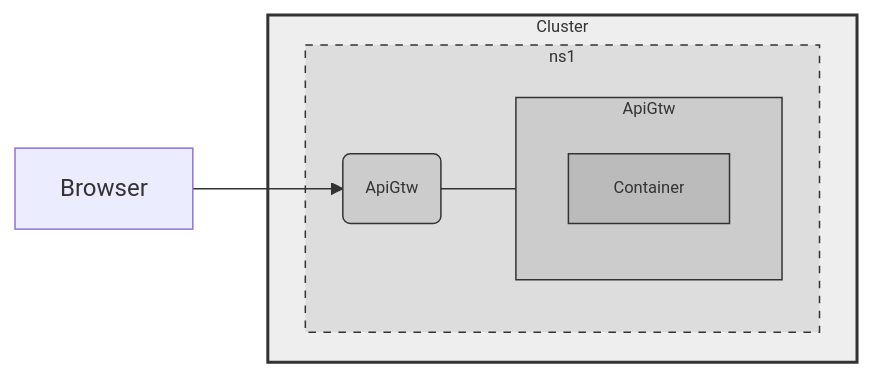
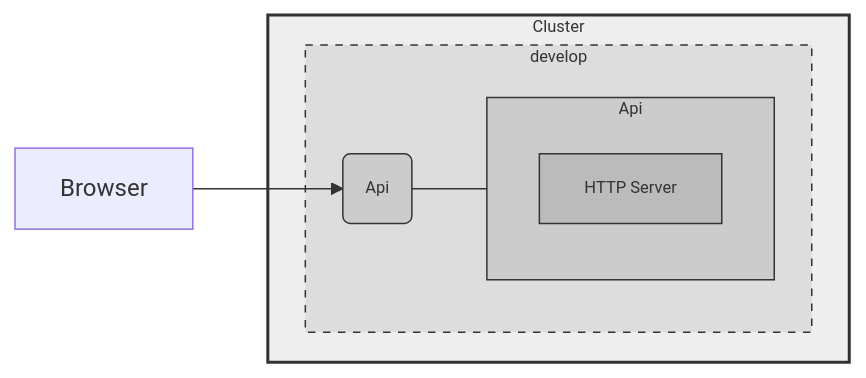
The third of 5 diagrams in demo-script.md (tonitienda/k8s-showcase), drawn with Mermaid before and after one commit. The commit also changed other lines of this file and 6 other files, not shown here.

````diff
--- a/demo-script.md
+++ b/demo-script.md
@@ -96,37 +96,37 @@
 ```mermaid
 flowchart LR
 
 Browser
 
 subgraph Cluster
 
-    subgraph NS1[ns1]
-        subgraph ApiGtw
-            Container1[Container]
+    subgraph develop[develop]
+        subgraph Api
+            Container1[HTTP Server]
         end
 
-        ApiGtwSvc(ApiGtw)
+        ApiGtwSvc(Api)
     end
 end
 
-ApiGtwSvc --- ApiGtw
+ApiGtwSvc --- Api
 Browser --> ApiGtwSvc
 
 
 classDef Physical fill:#eee,stroke:#333,stroke-width:2px,color:#333,font-size:11px;
 
 classDef Logical fill:#ddd,stroke:#333,stroke-width:1px,color:#333,font-size:11px,stroke-dasharray: 5, 5;
 
 classDef Pod fill:#ccc,stroke:#333,stroke-width:1px,color:#333,font-size:11px;
 
 classDef Container fill:#bbb,stroke:#333,stroke-width:1px,color:#333,font-size:11px;
 
 
 classDef PublicService fill:#ccc,stroke:#333,stroke-width:1px,color:#333,font-size:11px;
 
 class Cluster Physical
-class NS1 Logical
-class ApiGtw Pod
+class develop Logical
+class Api Pod
 class Container1 Container
 class ApiGtwSvc PublicService
 ```
````
